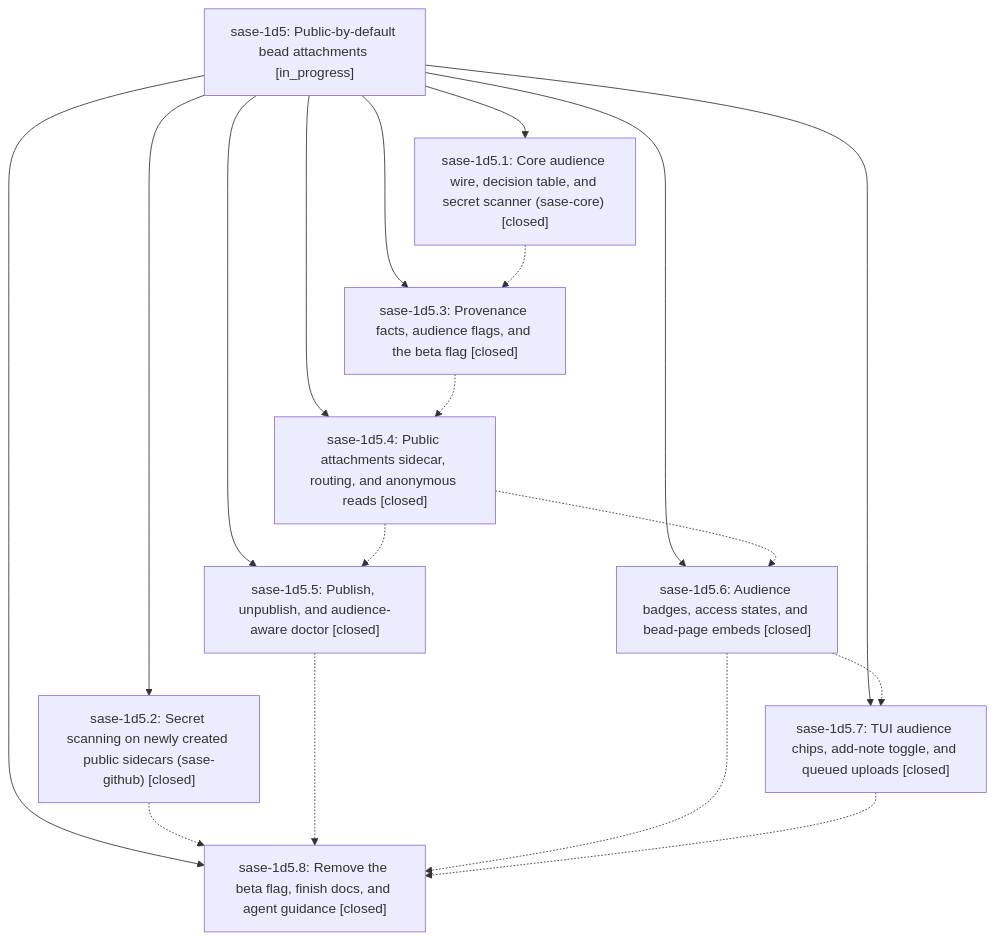
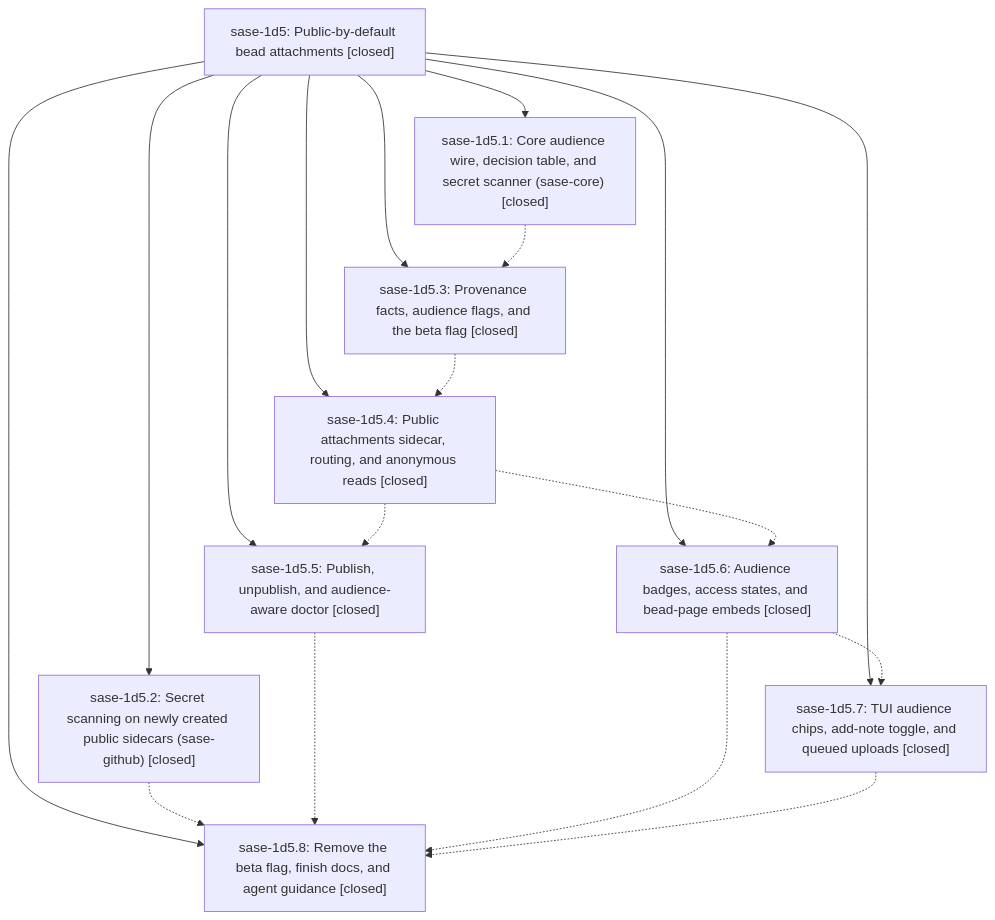
Before and after one commit to sase-org/sase--beads: the diagram in pages/sase-1d5/README.md, drawn with Mermaid. The commit also changed other lines of this file and 2 other files, not shown here.

First line of the commit message:
chore(beads): sync bead state and pages for sase-1d5

````diff
--- a/pages/sase-1d5/README.md
+++ b/pages/sase-1d5/README.md
@@ -49,29 +96,29 @@
 ```mermaid
 flowchart TD
-    n0["sase-1d5: Public-by-default bead attachments [in_progress]"]
+    n0["sase-1d5: Public-by-default bead attachments [closed]"]
     n1["sase-1d5.1: Core audience wire, decision table, and secret scanner (sase-core) [closed]"]
     n2["sase-1d5.2: Secret scanning on newly created public sidecars (sase-github) [closed]"]
     n3["sase-1d5.3: Provenance facts, audience flags, and the beta flag [closed]"]
     n4["sase-1d5.4: Public attachments sidecar, routing, and anonymous reads [closed]"]
     n5["sase-1d5.5: Publish, unpublish, and audience-aware doctor [closed]"]
     n6["sase-1d5.6: Audience badges, access states, and bead-page embeds [closed]"]
     n7["sase-1d5.7: TUI audience chips, add-note toggle, and queued uploads [closed]"]
     n8["sase-1d5.8: Remove the beta flag, finish docs, and agent guidance [closed]"]
     n0 --> n1
     n0 --> n2
     n0 --> n3
     n0 --> n4
     n0 --> n5
     n0 --> n6
     n0 --> n7
     n0 --> n8
     n1 -.-> n3
     n2 -.-> n8
     n3 -.-> n4
     n4 -.-> n5
     n4 -.-> n6
     n5 -.-> n8
     n6 -.-> n7
     n6 -.-> n8
     n7 -.-> n8
 ```
````
